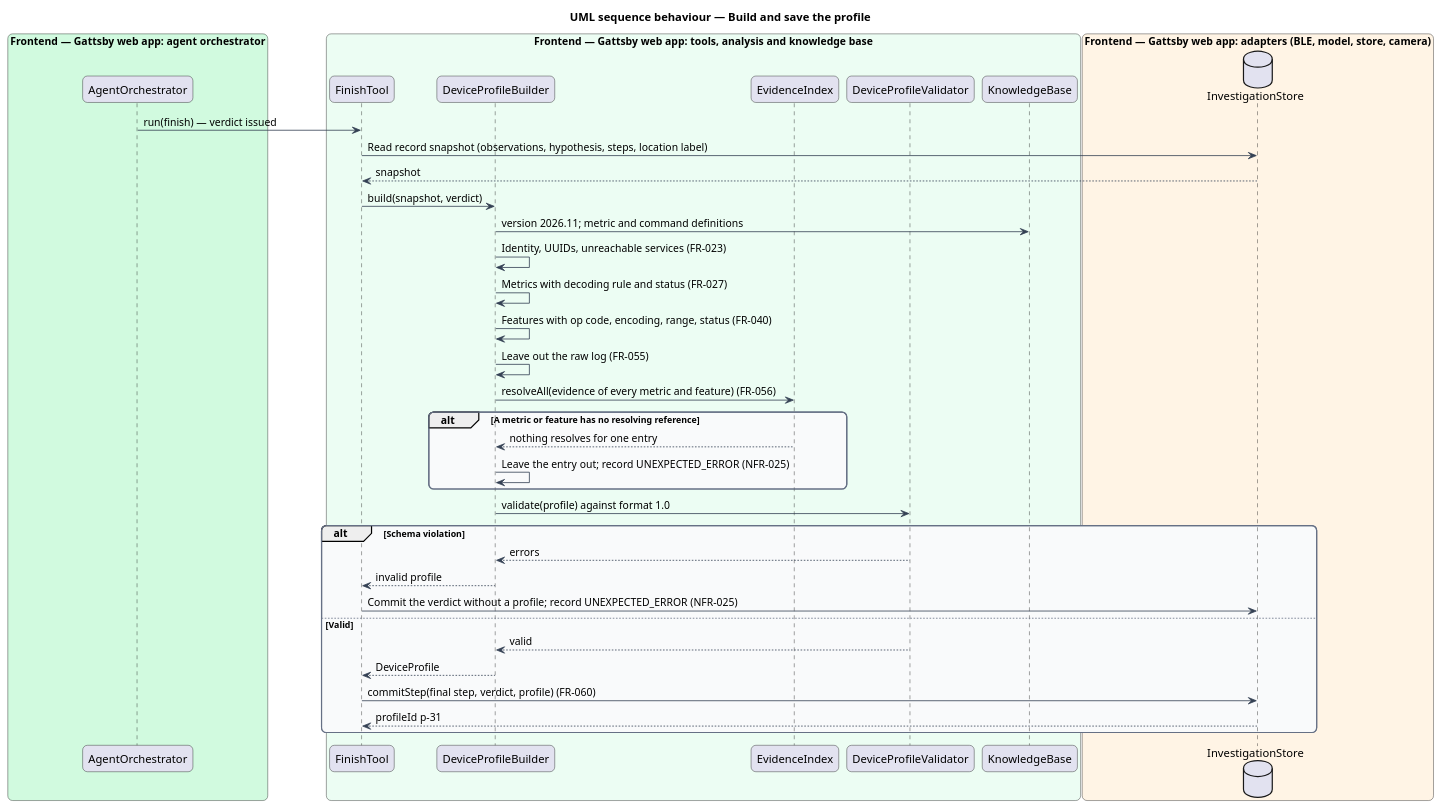
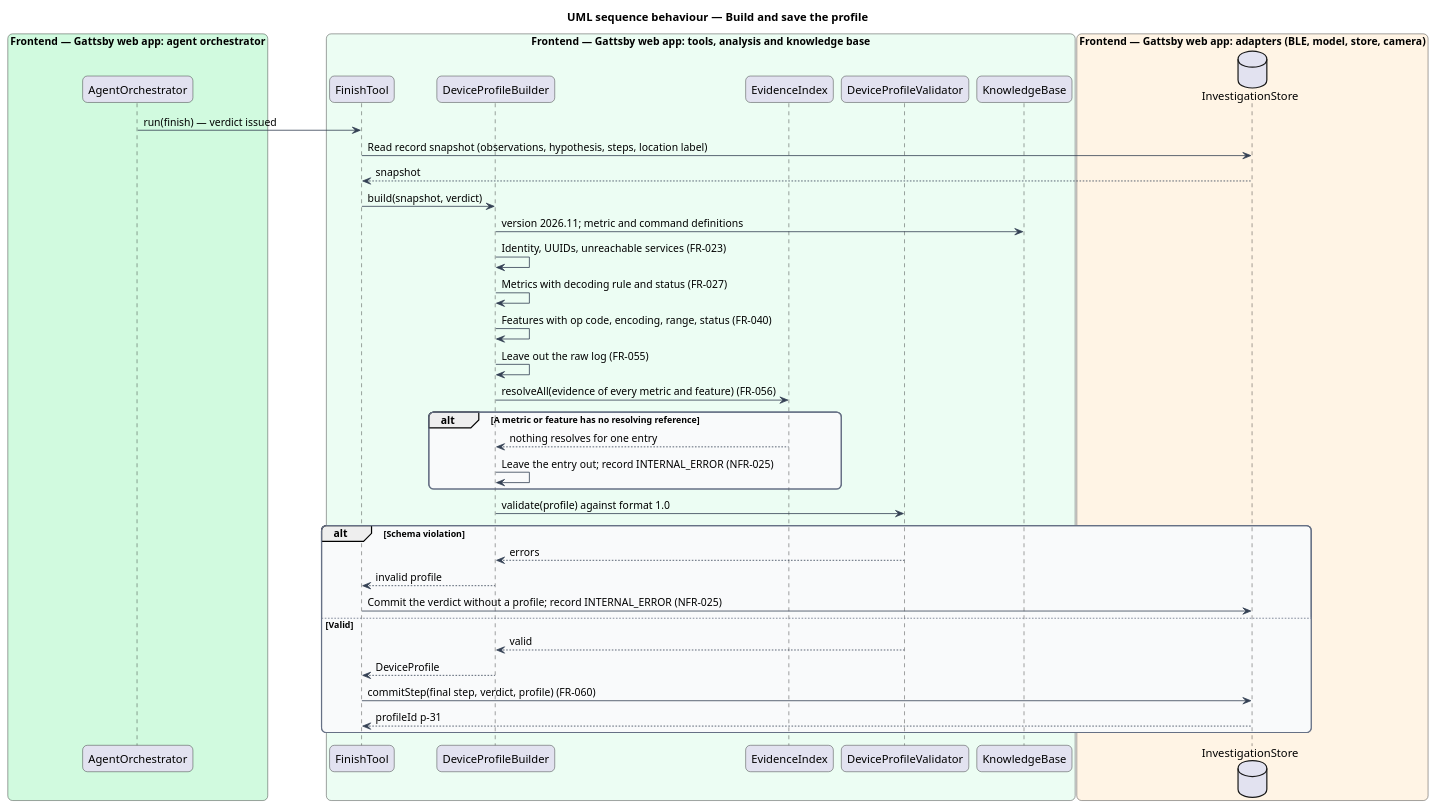
One commit to QuinntyneBrown/gattsby changed the diagram in docs/detailed-designs/outcome/build-the-device-profile/diagrams/sequence-build-and-save-the-profile.puml. Above: the diagram before and after it, drawn with PlantUML. The commit also changed 24 other files, not shown here.

```diff
--- a/docs/detailed-designs/outcome/build-the-device-profile/diagrams/sequence-build-and-save-the-profile.puml
+++ b/docs/detailed-designs/outcome/build-the-device-profile/diagrams/sequence-build-and-save-the-profile.puml
@@ -1,56 +1,56 @@
 @startuml
 title UML sequence behaviour — Build and save the profile
 skinparam backgroundColor #FFFFFF
 skinparam shadowing false
 skinparam roundcorner 12
 skinparam defaultFontName Arial
 skinparam ArrowColor #344054
 skinparam rectangle {
   BorderColor #344054
   FontColor #101828
 }
 skinparam package {
   BorderColor #667085
   FontColor #101828
   BackgroundColor #F9FAFB
 }
 box "Frontend — Gattsby web app: agent orchestrator" #D1FADF
   participant "AgentOrchestrator" as orch
 end box
 box "Frontend — Gattsby web app: tools, analysis and knowledge base" #ECFDF3
   participant "FinishTool" as finish
   participant "DeviceProfileBuilder" as builder
   participant "EvidenceIndex" as index
   participant "DeviceProfileValidator" as validator
   participant "KnowledgeBase" as kbc
 end box
 box "Frontend — Gattsby web app: adapters (BLE, model, store, camera)" #FFF4E5
   database "InvestigationStore" as store
 end box
 
 orch -> finish : run(finish) — verdict issued
 finish -> store : Read record snapshot (observations, hypothesis, steps, location label)
 store --> finish : snapshot
 finish -> builder : build(snapshot, verdict)
 builder -> kbc : version 2026.11; metric and command definitions
 builder -> builder : Identity, UUIDs, unreachable services (FR-023)
 builder -> builder : Metrics with decoding rule and status (FR-027)
 builder -> builder : Features with op code, encoding, range, status (FR-040)
 builder -> builder : Leave out the raw log (FR-055)
 builder -> index : resolveAll(evidence of every metric and feature) (FR-056)
 alt A metric or feature has no resolving reference
   index --> builder : nothing resolves for one entry
-  builder -> builder : Leave the entry out; record UNEXPECTED_ERROR (NFR-025)
+  builder -> builder : Leave the entry out; record INTERNAL_ERROR (NFR-025)
 end
 builder -> validator : validate(profile) against format 1.0
 alt Schema violation
   validator --> builder : errors
   builder --> finish : invalid profile
-  finish -> store : Commit the verdict without a profile; record UNEXPECTED_ERROR (NFR-025)
+  finish -> store : Commit the verdict without a profile; record INTERNAL_ERROR (NFR-025)
 else Valid
   validator --> builder : valid
   builder --> finish : DeviceProfile
   finish -> store : commitStep(final step, verdict, profile) (FR-060)
   store --> finish : profileId p-31
 end
 @enduml
```
